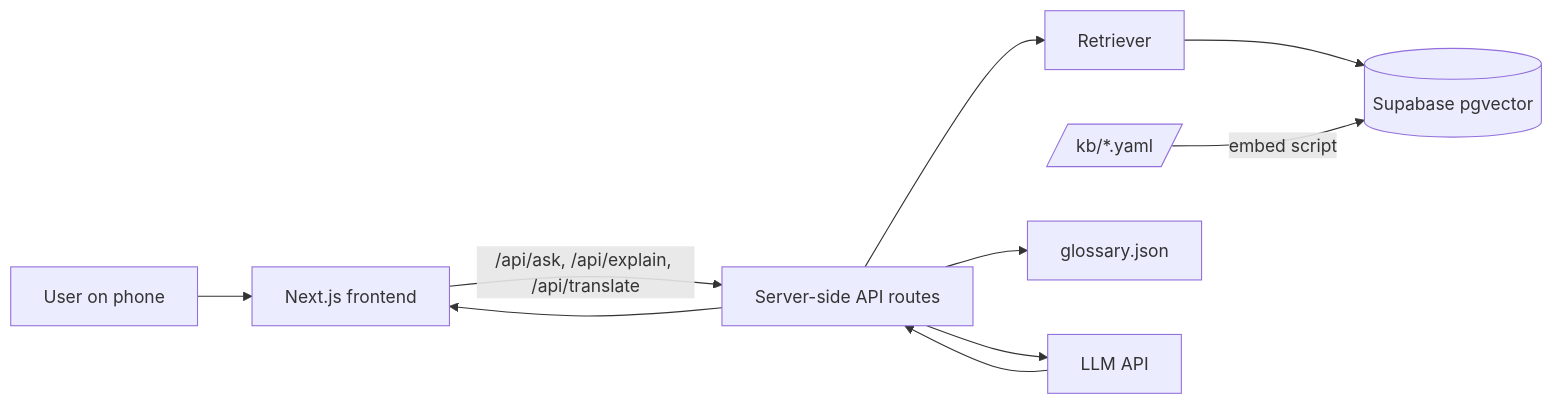
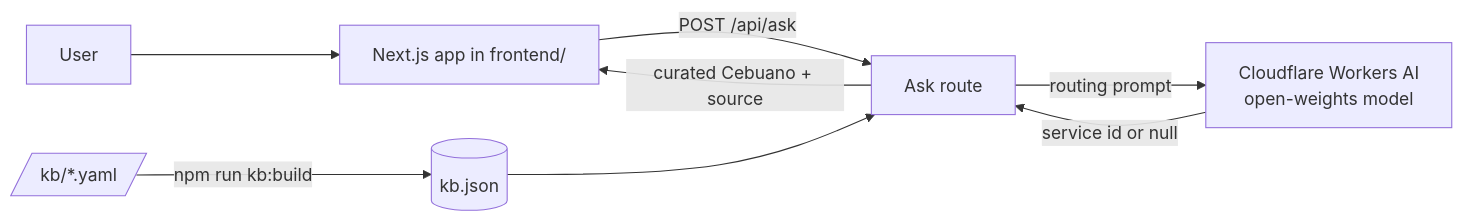
One commit to methuselahnoreen/AyaSib changed the diagram in README.md. Above: the diagram before and after it, drawn with Mermaid. The commit also changed other lines of this file and 5 other files, not shown here.

First line of the commit message:
Update docs to open-source model design; housekeeping

````diff
--- a/README.md
+++ b/README.md
@@ -79,12 +73,10 @@
 ```mermaid
 flowchart LR
-    U[User on phone] --> FE[Next.js frontend]
-    FE -->|/api/ask, /api/explain, /api/translate| API[Server-side API routes]
-    API --> R[Retriever]
-    R --> DB[(Supabase pgvector)]
-    KB[/kb/*.yaml/] -->|embed script| DB
-    API --> G[glossary.json]
-    API --> LLM[LLM API]
-    LLM --> API
-    API --> FE
+    U[User] --> FE[Next.js app in frontend/]
+    FE -->|POST /api/ask| R[Ask route]
+    KB[/kb/*.yaml/] -->|npm run kb:build| J[(kb.json)]
+    J --> R
+    R -->|routing prompt| LLM[Cloudflare Workers AI<br/>open-weights model]
+    LLM -->|service id or null| R
+    R -->|curated Cebuano + source| FE
 ```
````
